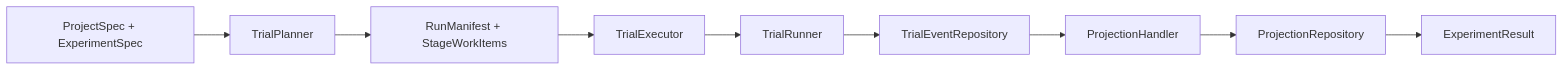
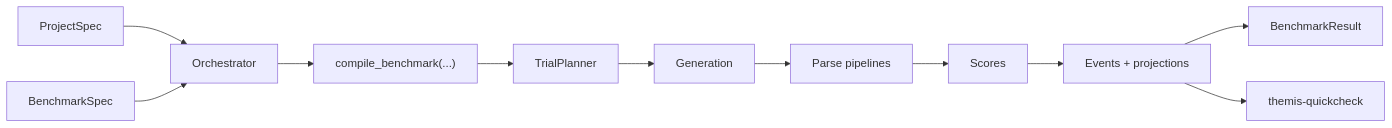
One commit to Pittawat2542/themis changed the diagram in docs/concepts/architecture.md. Above: the diagram before and after it, drawn with Mermaid. The commit also changed other lines of this file and 144 other files, not shown here.

First line of the commit message:
feat!: BenchmarkSpec (#15)

````diff
--- a/docs/concepts/architecture.md
+++ b/docs/concepts/architecture.md
@@ -21,11 +6,13 @@
 ```mermaid
 flowchart LR
-    A["ProjectSpec + ExperimentSpec"] --> B["TrialPlanner"]
-    B --> C["RunManifest + StageWorkItems"]
-    C --> D["TrialExecutor"]
-    D --> E["TrialRunner"]
-    E --> F["TrialEventRepository"]
-    F --> G["ProjectionHandler"]
-    G --> H["ProjectionRepository"]
-    H --> I["ExperimentResult"]
+    A["ProjectSpec"] --> C["Orchestrator"]
+    B["BenchmarkSpec"] --> C
+    C --> D["compile_benchmark(...)"]
+    D --> E["TrialPlanner"]
+    E --> F["Generation"]
+    F --> G["Parse pipelines"]
+    G --> H["Scores"]
+    H --> I["Events + projections"]
+    I --> J["BenchmarkResult"]
+    I --> K["themis-quickcheck"]
 ```
````
